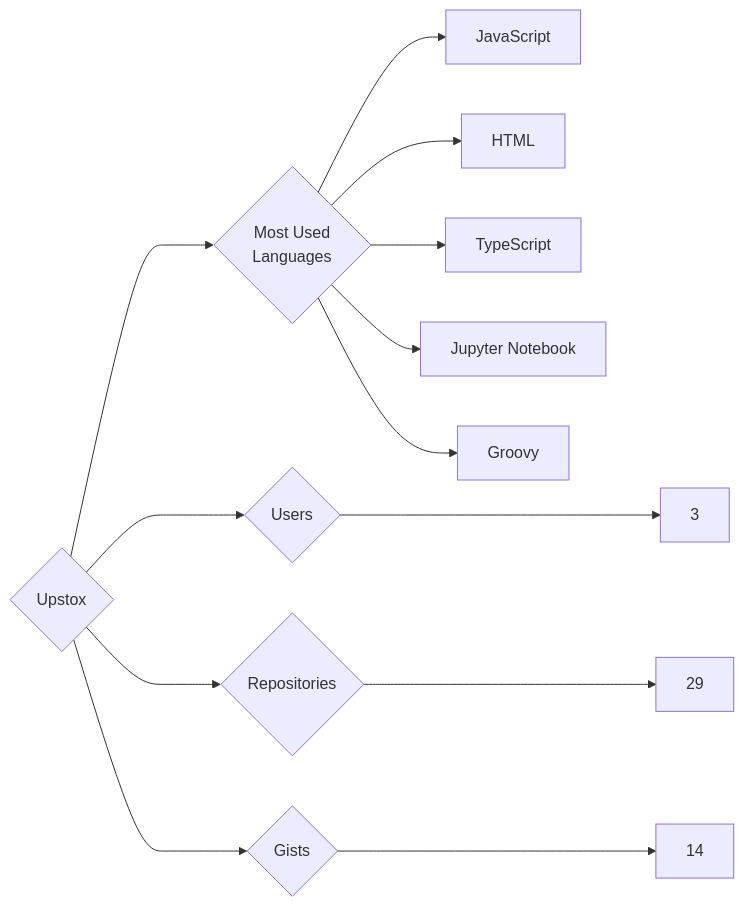
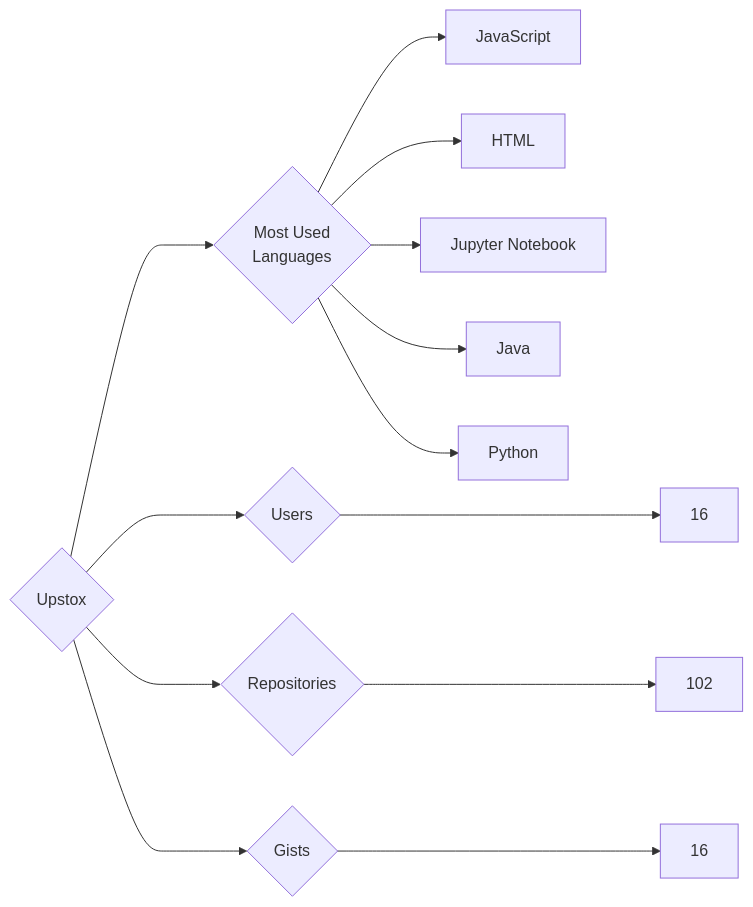
The diagram in targets/Upstox/README.md (trickest/insiders), drawn with Mermaid before and after one commit. The commit also changed 953 other files, not shown here.

````diff
--- a/targets/Upstox/README.md
+++ b/targets/Upstox/README.md
@@ -3,13 +3,13 @@
 ```mermaid
 graph LR
 COMPANY_NAME{Upstox}
-COMPANY_NAME ---> U{Users} ---> UN[3]
-COMPANY_NAME ---> R{Repositories} ---> RN[29]
-COMPANY_NAME ---> G{Gists} ---> GN[14]
+COMPANY_NAME ---> U{Users} ---> UN[16]
+COMPANY_NAME ---> R{Repositories} ---> RN[102]
+COMPANY_NAME ---> G{Gists} ---> GN[16]
 COMPANY_NAME ---> ML{Most Used<br>Languages}
 ML --> JavaScript[JavaScript]
 ML --> HTML[HTML]
-ML --> TypeScript[TypeScript]
 ML --> Jupyter_Notebook[Jupyter Notebook]
-ML --> Groovy[Groovy]
+ML --> Java[Java]
+ML --> Python[Python]
 ```
````
